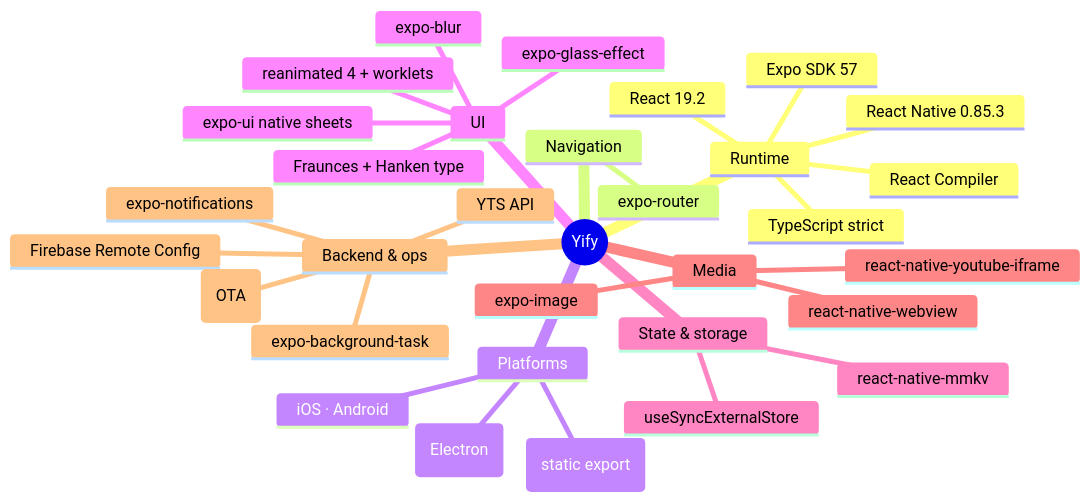
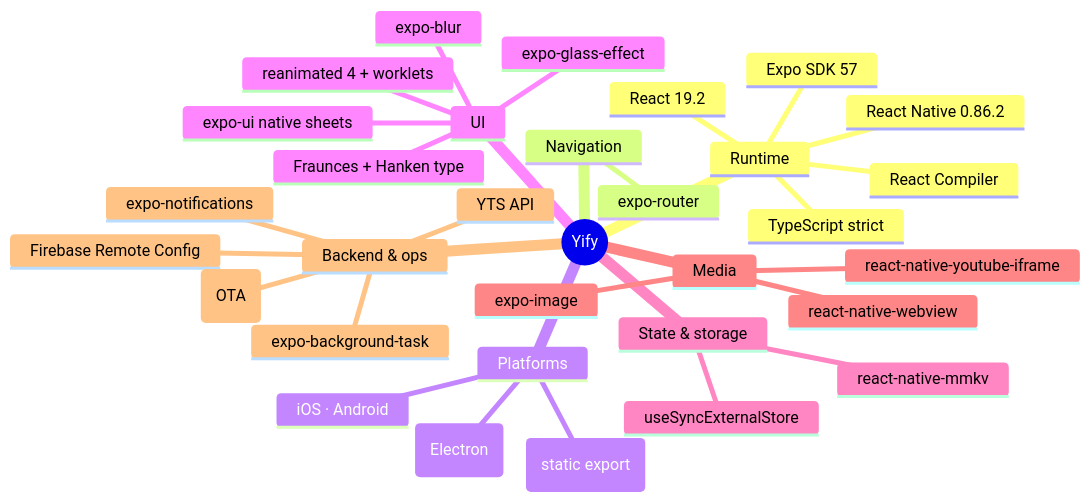
One commit to kunal26das/yify changed the sixth of 6 diagrams in README.md. Above: the diagram before and after it, drawn with Mermaid. The commit also changed other lines of this file and 120 other files, not shown here.

````diff
--- a/README.md
+++ b/README.md
@@ -376,35 +384,35 @@
 ```mermaid
 mindmap
   root((Yify))
     Runtime
       Expo SDK 57
-      React Native 0.85.3
+      React Native 0.86.2
       React 19.2
       TypeScript strict
       React Compiler
     Navigation
       expo-router
     Platforms
       iOS · Android
       Web (static export)
       Desktop (Electron)
     UI
       expo-glass-effect
       expo-blur
       reanimated 4 + worklets
       expo-ui native sheets
       Fraunces + Hanken type
     State & storage
       react-native-mmkv
       useSyncExternalStore
     Media
       react-native-webview
       react-native-youtube-iframe
       expo-image
     Backend & ops
       YTS API
       Firebase Remote Config
       expo-notifications
       expo-background-task
-      RevoPush CodePush (OTA)
+      EAS Update (OTA)
 ```
````
